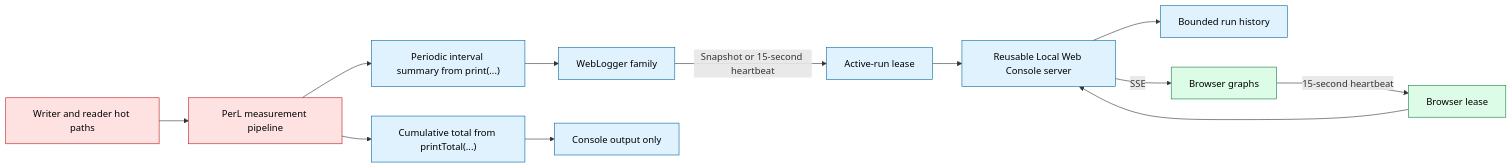
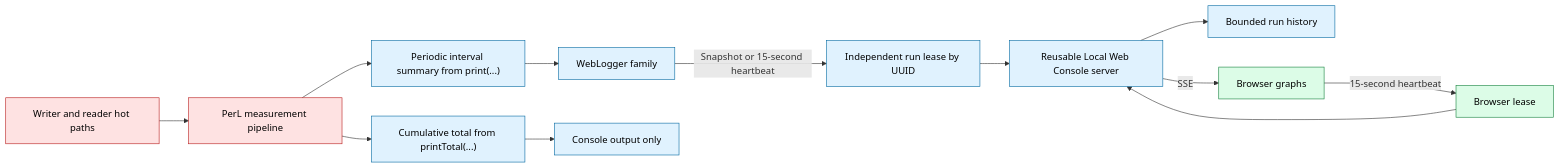
Before and after one commit to kmgowda/SBK: diagram 34 of 43 in docs/sbk-internals.md, drawn with Mermaid. The commit also changed other lines of this file and 12 other files, not shown here.

````diff
--- a/docs/sbk-internals.md
+++ b/docs/sbk-internals.md
@@ -2519,21 +2520,21 @@
 ```mermaid
 flowchart LR
     HOT["Writer and reader hot paths"] --> PERL["PerL measurement pipeline"]
     PERL --> PERIODIC["Periodic interval summary from print(...)"]
     PERL --> TOTAL["Cumulative total from printTotal(...)"]
     PERIODIC --> LOGGER["WebLogger family"]
     TOTAL --> CONSOLE["Console output only"]
-    LOGGER -->|Snapshot or 15-second heartbeat| LEASE["Active-run lease"]
+    LOGGER -->|Snapshot or 15-second heartbeat| LEASE["Independent run lease by UUID"]
     LEASE --> SERVER["Reusable Local Web Console server"]
     SERVER --> HISTORY["Bounded run history"]
     SERVER -->|SSE| BROWSER["Browser graphs"]
     BROWSER -->|15-second heartbeat| BLEASE["Browser lease"]
     BLEASE --> SERVER
 
     classDef hot fill:#fee2e2,stroke:#b91c1c,color:#000
     classDef control fill:#e0f2fe,stroke:#0369a1,color:#000
     classDef view fill:#dcfce7,stroke:#15803d,color:#000
     class HOT,PERL hot
     class PERIODIC,TOTAL,CONSOLE,LOGGER,LEASE,SERVER,HISTORY control
     class BROWSER,BLEASE view
 ```
````
